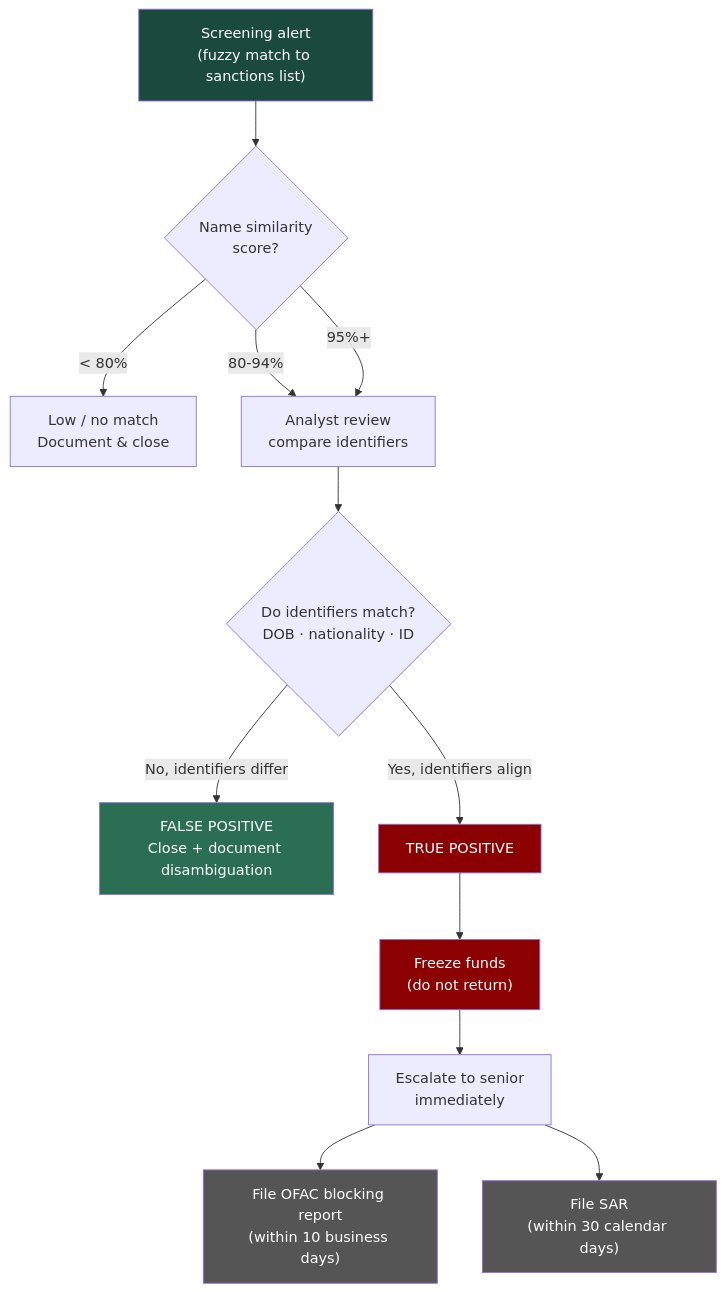
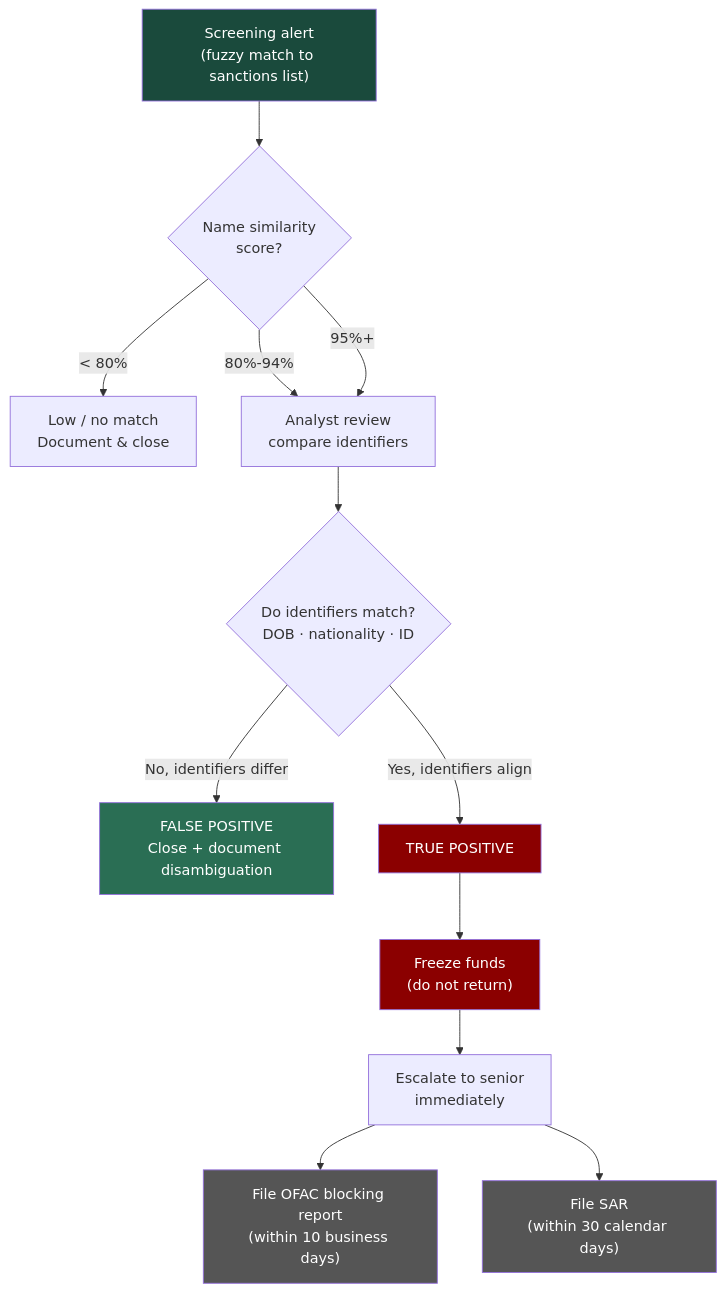
The second of 2 diagrams in case-3-kyc-document-forensics/readme.md (KotsykAndrey/aml-blockchain-portfolio), drawn with Mermaid before and after one commit. The commit also changed other lines of this file, not shown here.

````diff
--- a/case-3-kyc-document-forensics/readme.md
+++ b/case-3-kyc-document-forensics/readme.md
@@ -1435,21 +1435,21 @@
 ```mermaid
 flowchart TD
     A["Screening alert<br>(fuzzy match to sanctions list)"] --> B{"Name similarity<br>score?"}
     B -->|"< 80%"| C["Low / no match<br>Document &amp; close"]
-    B -->|"80-94%"| D["Analyst review<br>compare identifiers"]
+    B -->|"80%-94%"| D["Analyst review<br>compare identifiers"]
     B -->|"95%+"| D
     D --> E{"Do identifiers match?<br>DOB · nationality · ID"}
     E -->|"No, identifiers differ"| F["FALSE POSITIVE<br>Close + document disambiguation"]
     E -->|"Yes, identifiers align"| G["TRUE POSITIVE"]
     G --> H["Freeze funds<br>(do not return)"]
     H --> I["Escalate to senior<br>immediately"]
     I --> J["File OFAC blocking report<br>(within 10 business days)"]
     I --> K["File SAR<br>(within 30 calendar days)"]
  
     style A fill:#1A4A3C,color:#fff
     style F fill:#2A6E54,color:#fff
     style G fill:#8b0000,color:#fff
     style H fill:#8b0000,color:#fff
     style J fill:#555555,color:#fff
     style K fill:#555555,color:#fff
 ```
````
